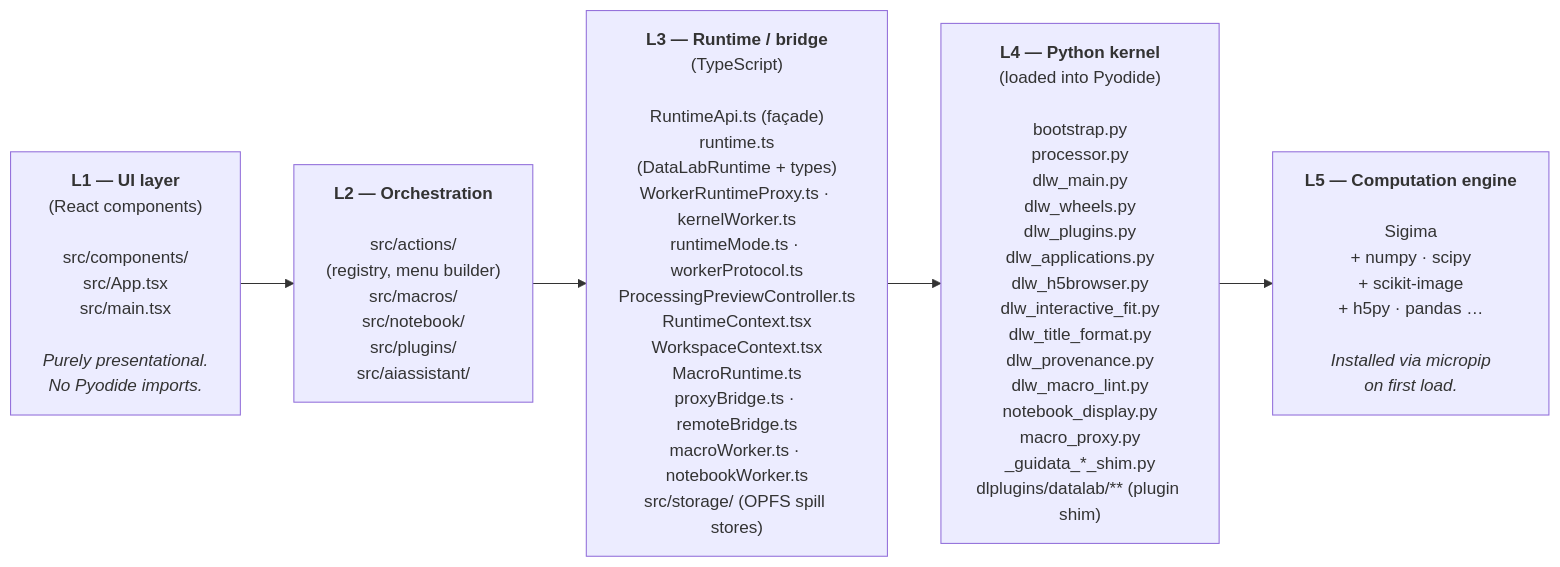
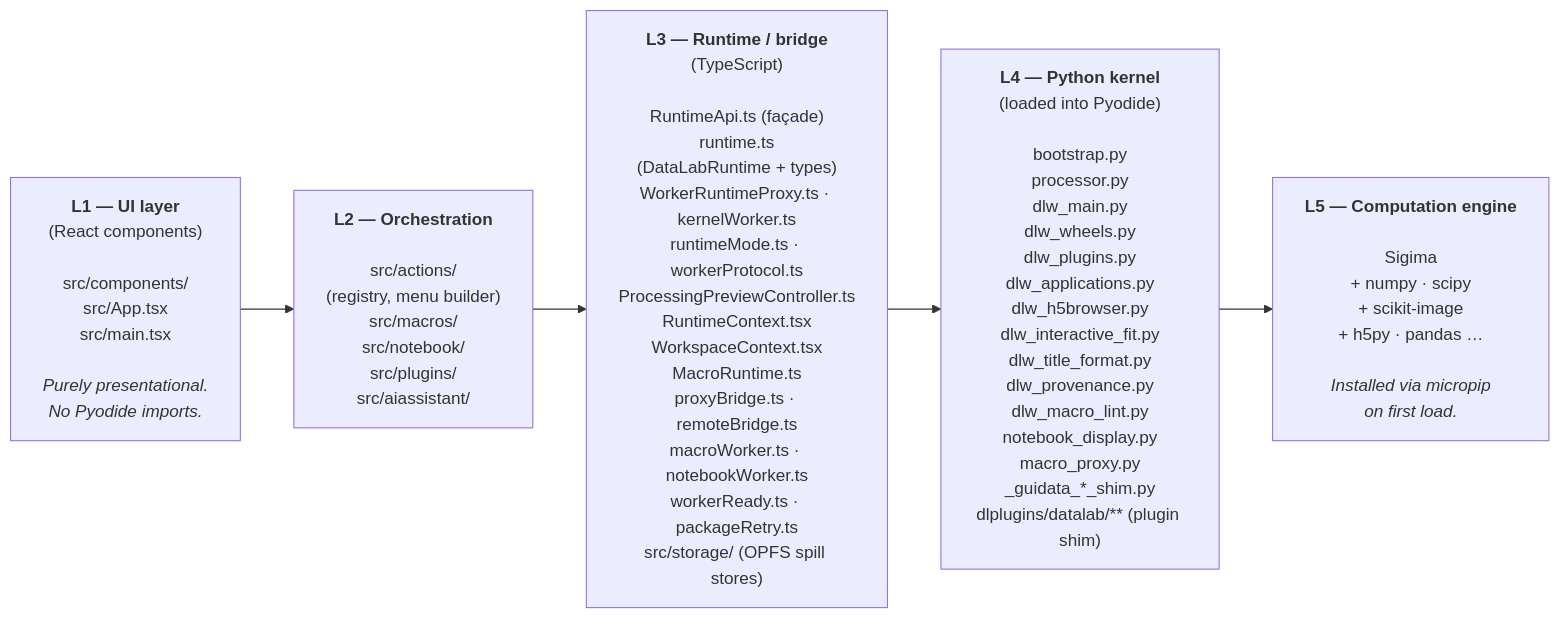
Before and after one commit to DataLab-Platform/web: the second of 8 diagrams in doc/architecture.md, drawn with Mermaid. The commit also changed 13 other files, not shown here.

First line of the commit message:
fix(runtime): retry failed downloads and replace stalled Python workers

````diff
--- a/doc/architecture.md
+++ b/doc/architecture.md
@@ -87,10 +87,10 @@
 ```mermaid
 flowchart LR
     L1["<b>L1 — UI layer</b><br/>(React components)<br/><br/>src/components/<br/>src/App.tsx<br/>src/main.tsx<br/><br/><i>Purely presentational.<br/>No Pyodide imports.</i>"]
     L2["<b>L2 — Orchestration</b><br/><br/>src/actions/<br/>(registry, menu builder)<br/>src/macros/<br/>src/notebook/<br/>src/plugins/<br/>src/aiassistant/"]
-    L3["<b>L3 — Runtime / bridge</b><br/>(TypeScript)<br/><br/>RuntimeApi.ts (façade)<br/>runtime.ts<br/>(DataLabRuntime + types)<br/>WorkerRuntimeProxy.ts · kernelWorker.ts<br/>runtimeMode.ts · workerProtocol.ts<br/>ProcessingPreviewController.ts<br/>RuntimeContext.tsx<br/>WorkspaceContext.tsx<br/>MacroRuntime.ts<br/>proxyBridge.ts · remoteBridge.ts<br/>macroWorker.ts · notebookWorker.ts<br/>src/storage/ (OPFS spill stores)"]
+    L3["<b>L3 — Runtime / bridge</b><br/>(TypeScript)<br/><br/>RuntimeApi.ts (façade)<br/>runtime.ts<br/>(DataLabRuntime + types)<br/>WorkerRuntimeProxy.ts · kernelWorker.ts<br/>runtimeMode.ts · workerProtocol.ts<br/>ProcessingPreviewController.ts<br/>RuntimeContext.tsx<br/>WorkspaceContext.tsx<br/>MacroRuntime.ts<br/>proxyBridge.ts · remoteBridge.ts<br/>macroWorker.ts · notebookWorker.ts<br/>workerReady.ts · packageRetry.ts<br/>src/storage/ (OPFS spill stores)"]
     L4["<b>L4 — Python kernel</b><br/>(loaded into Pyodide)<br/><br/>bootstrap.py<br/>processor.py<br/>dlw_main.py<br/>dlw_wheels.py<br/>dlw_plugins.py<br/>dlw_applications.py<br/>dlw_h5browser.py<br/>dlw_interactive_fit.py<br/>dlw_title_format.py<br/>dlw_provenance.py<br/>dlw_macro_lint.py<br/>notebook_display.py<br/>macro_proxy.py<br/>_guidata_*_shim.py<br/>dlplugins/datalab/** (plugin shim)"]
     L5["<b>L5 — Computation engine</b><br/><br/>Sigima<br/>+ numpy · scipy<br/>+ scikit-image<br/>+ h5py · pandas …<br/><br/><i>Installed via micropip<br/>on first load.</i>"]
 
     L1 --> L2 --> L3 --> L4 --> L5
 ```
````
